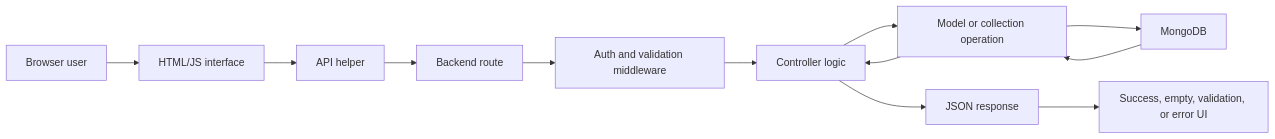
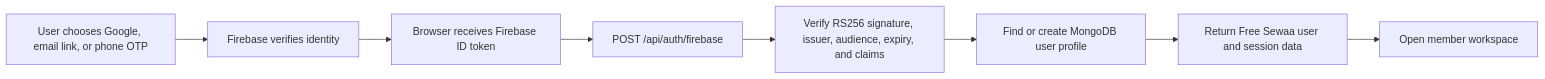
One commit to CapstoneDesign-Spring2026-UlsanCollege/Free_Sewaa changed the diagram in portfolio/08-individual-portfolios/Swarnim_Jung_Karki.md. Above: the diagram before and after it, drawn with Mermaid. The commit also changed other lines of this file, not shown here.

````diff
--- a/portfolio/08-individual-portfolios/Swarnim_Jung_Karki.md
+++ b/portfolio/08-individual-portfolios/Swarnim_Jung_Karki.md
@@ -62,14 +107,19 @@
 ```mermaid
 flowchart LR
-    User["Browser user"] --> UI["HTML/JS interface"]
-    UI --> Helper["API helper"]
-    Helper --> Route["Backend route"]
-    Route --> Middleware["Auth and validation middleware"]
-    Middleware --> Controller["Controller logic"]
-    Controller --> Model["Model or collection operation"]
-    Model --> DB["MongoDB"]
-    DB --> Model
-    Model --> Controller
-    Controller --> Response["JSON response"]
-    Response --> UIState["Success, empty, validation, or error UI"]
+    User["User chooses Google, email link, or phone OTP"]
+    Firebase["Firebase verifies identity"]
+    Token["Browser receives Firebase ID token"]
+    API["POST /api/auth/firebase"]
+    Verify["Verify RS256 signature, issuer, audience, expiry, and claims"]
+    Profile["Find or create MongoDB user profile"]
+    Session["Return Free Sewaa user and session data"]
+    App["Open member workspace"]
+
+    User --> Firebase
+    Firebase --> Token
+    Token --> API
+    API --> Verify
+    Verify --> Profile
+    Profile --> Session
+    Session --> App
 ```
````
